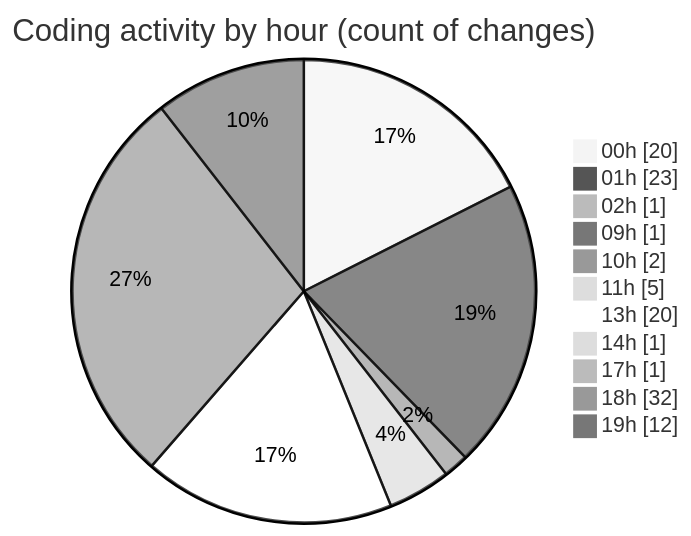
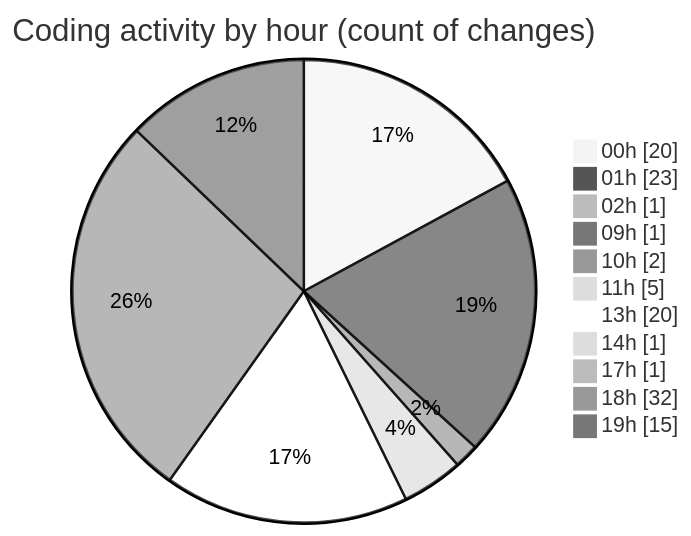
One commit to julien-gomy/code-tracking changed the second of 2 diagrams in 2025-10-16/eventscop-frontend-guide__workspace_/README.md. Above: the diagram before and after it, drawn with Mermaid (neutral theme). The commit also changed other lines of this file and 1 other file, not shown here.

````diff
--- a/2025-10-16/eventscop-frontend-guide__workspace_/README.md
+++ b/2025-10-16/eventscop-frontend-guide__workspace_/README.md
@@ -62,15 +62,15 @@
 ```mermaid
 pie showData
 title Coding activity by hour (count of changes)
 "00h" : 20
 "01h" : 23
 "02h" : 1
 "09h" : 1
 "10h" : 2
 "11h" : 5
 "13h" : 20
 "14h" : 1
 "17h" : 1
 "18h" : 32
-"19h" : 12
+"19h" : 15
 ```
````
